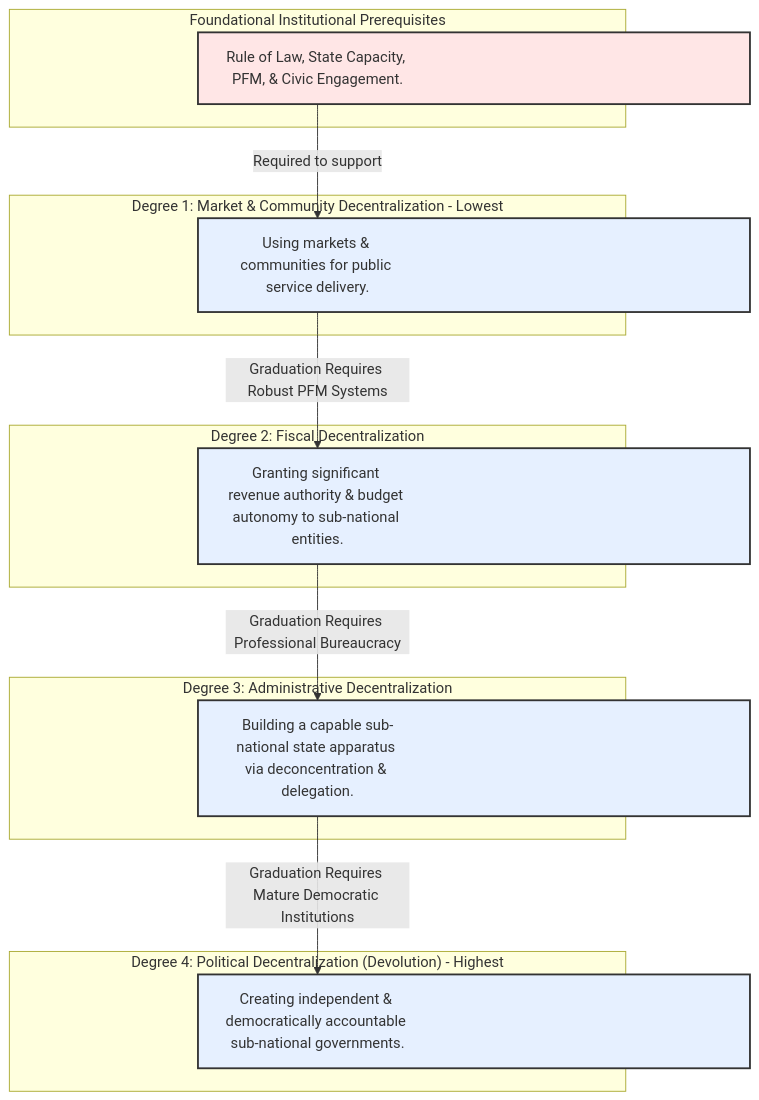
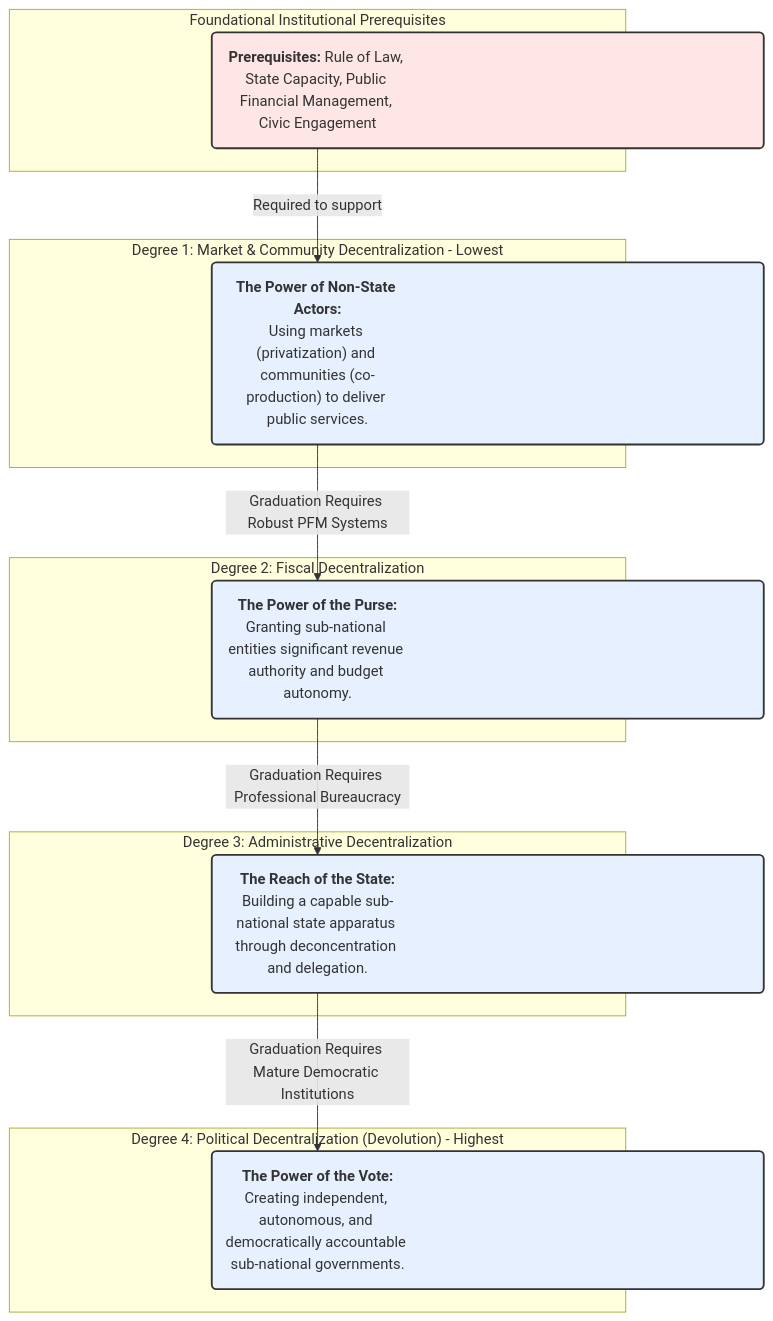
One commit to Aboutorabi/2.1.md changed the diagram in 2.1.md. Above: the diagram before and after it, drawn with Mermaid.

````diff
--- a/2.1.md
+++ b/2.1.md
@@ -1,46 +1,32 @@
 ```mermaid
 %%{init: {'themeCSS': '.label foreignObject span { white-space: nowrap; text-align: center; }'}}%%
 graph TD
-    %% Degree 4
     subgraph "Degree 4: Political Decentralization (Devolution) - Highest"
-        D4["Creating independent & democratically accountable sub-national governments."]
-    %% Styling (uniform widths, centered)
-end
+        D4("<b>The Power of the Vote:</b><br>Creating independent, autonomous, and democratically accountable sub-national governments.")
+    end
+    subgraph "Degree 3: Administrative Decentralization"
+        D3("<b>The Reach of the State:</b><br>Building a capable sub-national state apparatus through deconcentration and delegation.")
+    end
+    subgraph "Degree 2: Fiscal Decentralization"
+        D2("<b>The Power of the Purse:</b><br>Granting sub-national entities significant revenue authority and budget autonomy.")
+    end
+    subgraph "Degree 1: Market & Community Decentralization - Lowest"
+        D1("<b>The Power of Non-State Actors:</b><br>Using markets (privatization) and communities (co-production) to deliver public services.")
+    end
+    
+    subgraph "Foundational Institutional Prerequisites"
+        F("<b>Prerequisites:</b> Rule of Law, State Capacity, Public Financial Management, Civic Engagement")
+    end
 
-    %% Degree 3
-    subgraph "Degree 3: Administrative Decentralization"
-        D3["Building a capable sub-national state apparatus via deconcentration & delegation."]
-    %% Styling (uniform widths, centered)
-end
-
-    %% Degree 2
-    subgraph "Degree 2: Fiscal Decentralization"
-        D2["Granting significant revenue authority & budget autonomy to sub-national entities."]
-    %% Styling (uniform widths, centered)
-end
-
-    %% Degree 1
-    subgraph "Degree 1: Market & Community Decentralization - Lowest"
-        D1["Using markets & communities for public service delivery."]
-    %% Styling (uniform widths, centered)
-end
-
-    %% Prerequisites
-    subgraph "Foundational Institutional Prerequisites"
-        F["Rule of Law, State Capacity, PFM, & Civic Engagement."]
-        %% Styling (uniform widths, centered)
-end
-
-    %% Arrows
-    F -->|Required to support| D1
-    D1 -->|Graduation Requires Robust PFM Systems| D2
-    D2 -->|Graduation Requires Professional Bureaucracy| D3
-    D3 -->|Graduation Requires Mature Democratic Institutions| D4
+    F -- "Required to support" --> D1
+    D1 -- "Graduation Requires Robust PFM Systems" --> D2
+    D2 -- "Graduation Requires Professional Bureaucracy" --> D3
+    D3 -- "Graduation Requires Mature Democratic Institutions" --> D4
 
     %% Styling (uniform widths, centered)
     style F  fill:#ffe6e6,stroke:#333,stroke-width:2px,width:600px
     style D1 fill:#e6f0ff,stroke:#333,stroke-width:2px,width:600px
     style D2 fill:#e6f0ff,stroke:#333,stroke-width:2px,width:600px
     style D3 fill:#e6f0ff,stroke:#333,stroke-width:2px,width:600px
     style D4 fill:#e6f0ff,stroke:#333,stroke-width:2px,width:600px
 ```
````
